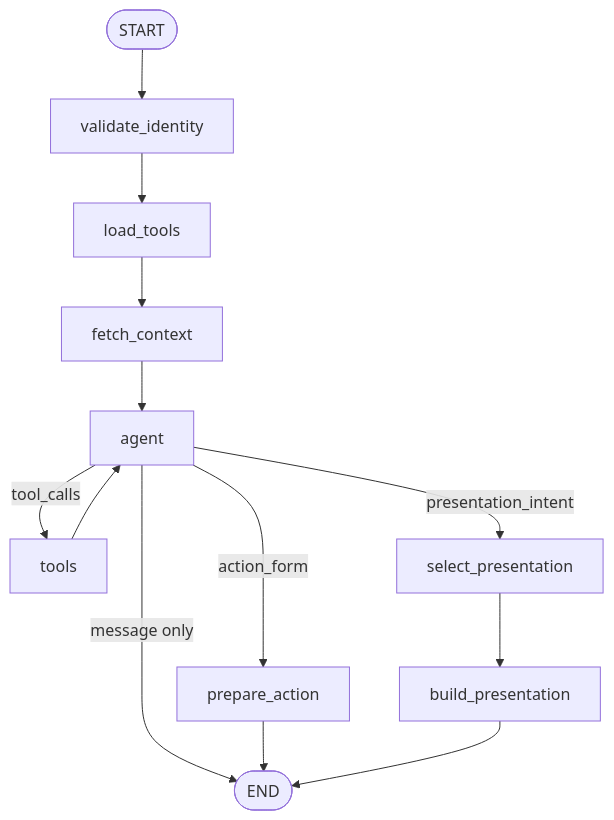
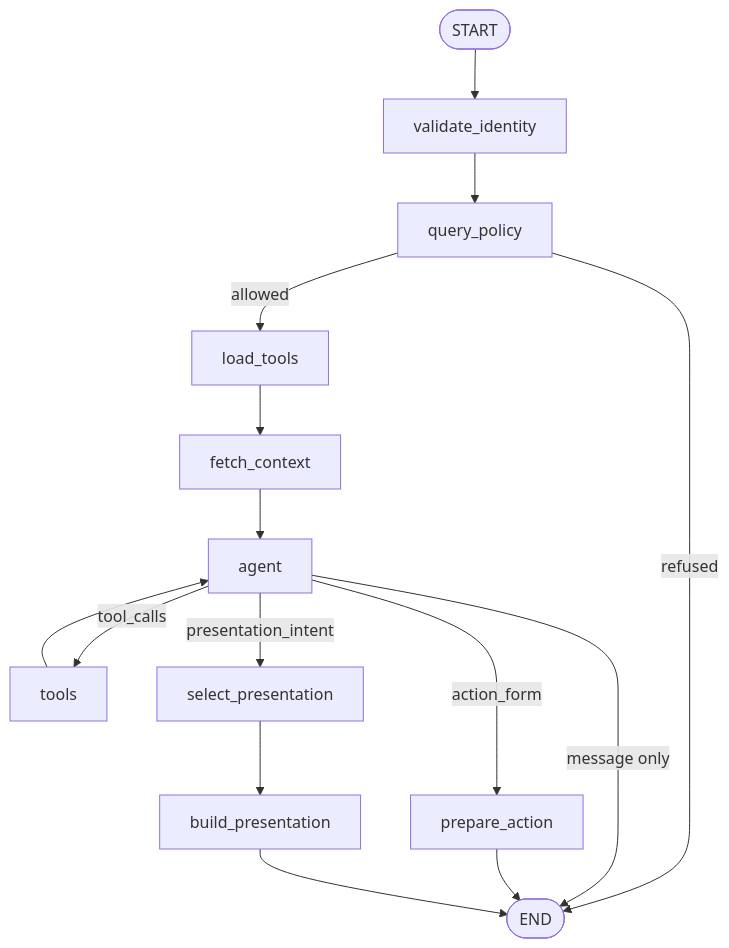
One commit to JpAboytes/hackmty2026-agent changed the first of 11 diagrams in docs/FLOWS.md. Above: the diagram before and after it, drawn with Mermaid. The commit also changed other lines of this file and 14 other files, not shown here.

````diff
--- a/docs/FLOWS.md
+++ b/docs/FLOWS.md
@@ -46,15 +49,17 @@
 ```mermaid
 flowchart TD
   S([START]) --> V[validate_identity]
-  V --> L[load_tools]
+  V --> Q[query_policy]
+  Q -->|allowed| L[load_tools]
+  Q -->|refused| E([END])
   L --> F[fetch_context]
   F --> A[agent]
   A -->|tool_calls| T[tools]
   T --> A
   A -->|action_form| P[prepare_action]
   A -->|presentation_intent| SP[select_presentation]
   SP --> B[build_presentation]
-  A -->|message only| E([END])
+  A -->|message only| E
   P --> E
   B --> E
 ```
````
